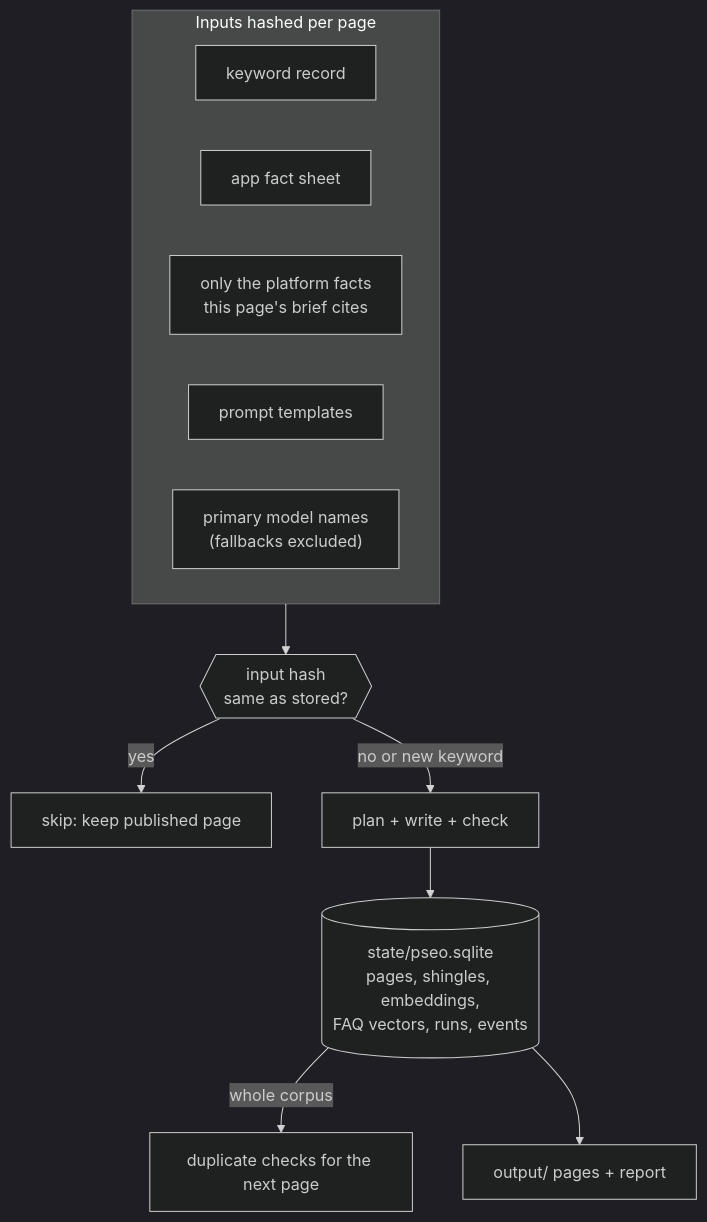
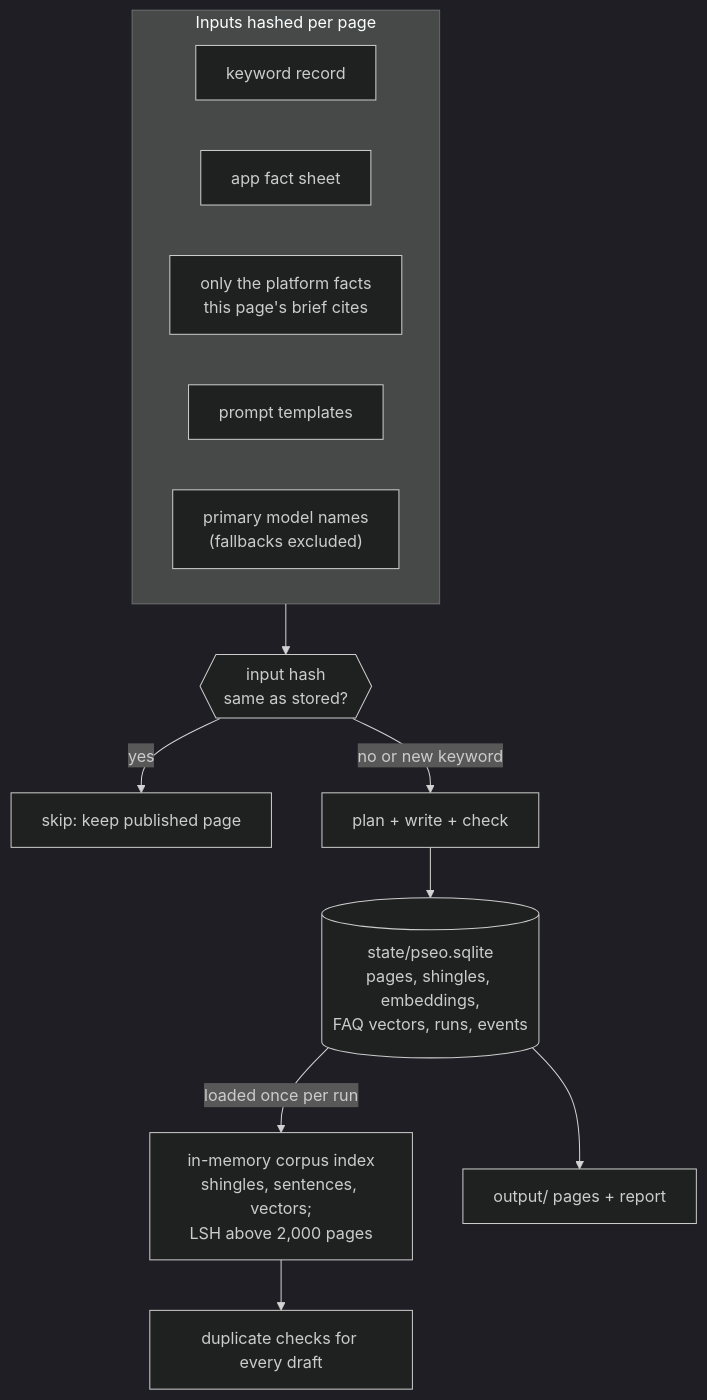
Before and after one commit to EdNoX04/sanibha-pseo: the second of 3 diagrams in docs/ARCHITECTURE.md, drawn with Mermaid (dark theme). The commit also changed other lines of this file and 60 other files, not shown here.

Commit message:
v2: parallel scheduler, targeted patches, per-role reasoning, corpus index, benchmark

````diff
--- a/docs/ARCHITECTURE.md
+++ b/docs/ARCHITECTURE.md
@@ -54,16 +64,17 @@
 ```mermaid
 flowchart TB
     subgraph INPUTS["Inputs hashed per page"]
         K[keyword record]
         A[app fact sheet]
         PF["only the platform facts<br/>this page's brief cites"]
         PR[prompt templates]
         M["primary model names<br/>(fallbacks excluded)"]
     end
     INPUTS --> H{{"input hash<br/>same as stored?"}}
     H -->|yes| SKIP[skip: keep published page]
     H -->|no or new keyword| GEN[plan + write + check]
     GEN --> DB[(state/pseo.sqlite<br/>pages, shingles, embeddings,<br/>FAQ vectors, runs, events)]
-    DB -->|whole corpus| CHECKS[duplicate checks for the next page]
+    DB -->|loaded once per run| IDX[in-memory corpus index<br/>shingles, sentences, vectors;<br/>LSH above 2,000 pages]
+    IDX --> CHECKS[duplicate checks for every draft]
     DB --> OUT[output/ pages + report]
 ```
````
